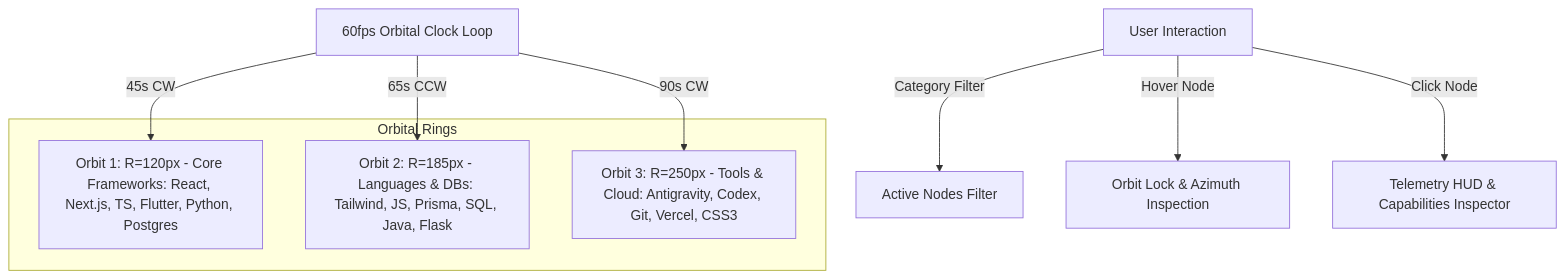
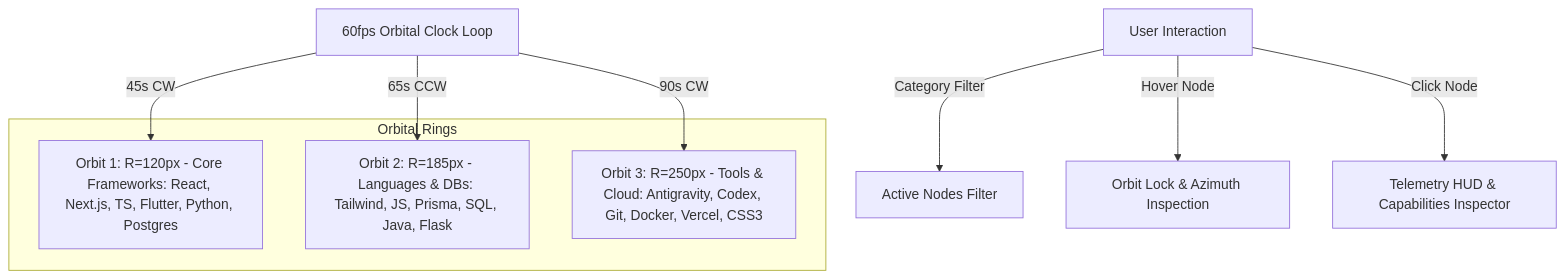
Before and after one commit to Agam348/matrix: the second of 3 diagrams in README.md, drawn with Mermaid. The commit also changed other lines of this file and 2 other files, not shown here.

````diff
--- a/README.md
+++ b/README.md
@@ -260,14 +260,14 @@
 ```mermaid
 graph TD
     subgraph Orbital Rings
         O1[Orbit 1: R=120px - Core Frameworks: React, Next.js, TS, Flutter, Python, Postgres]
         O2[Orbit 2: R=185px - Languages & DBs: Tailwind, JS, Prisma, SQL, Java, Flask]
-        O3[Orbit 3: R=250px - Tools & Cloud: Antigravity, Codex, Git, Vercel, CSS3]
+        O3[Orbit 3: R=250px - Tools & Cloud: Antigravity, Codex, Git, Docker, Vercel, CSS3]
     end
     Clock[60fps Orbital Clock Loop] -->|45s CW| O1
     Clock -->|65s CCW| O2
     Clock -->|90s CW| O3
     User[User Interaction] -->|Category Filter| Rings[Active Nodes Filter]
     User -->|Hover Node| Lock[Orbit Lock & Azimuth Inspection]
     User -->|Click Node| HUD[Telemetry HUD & Capabilities Inspector]
 ```
````
